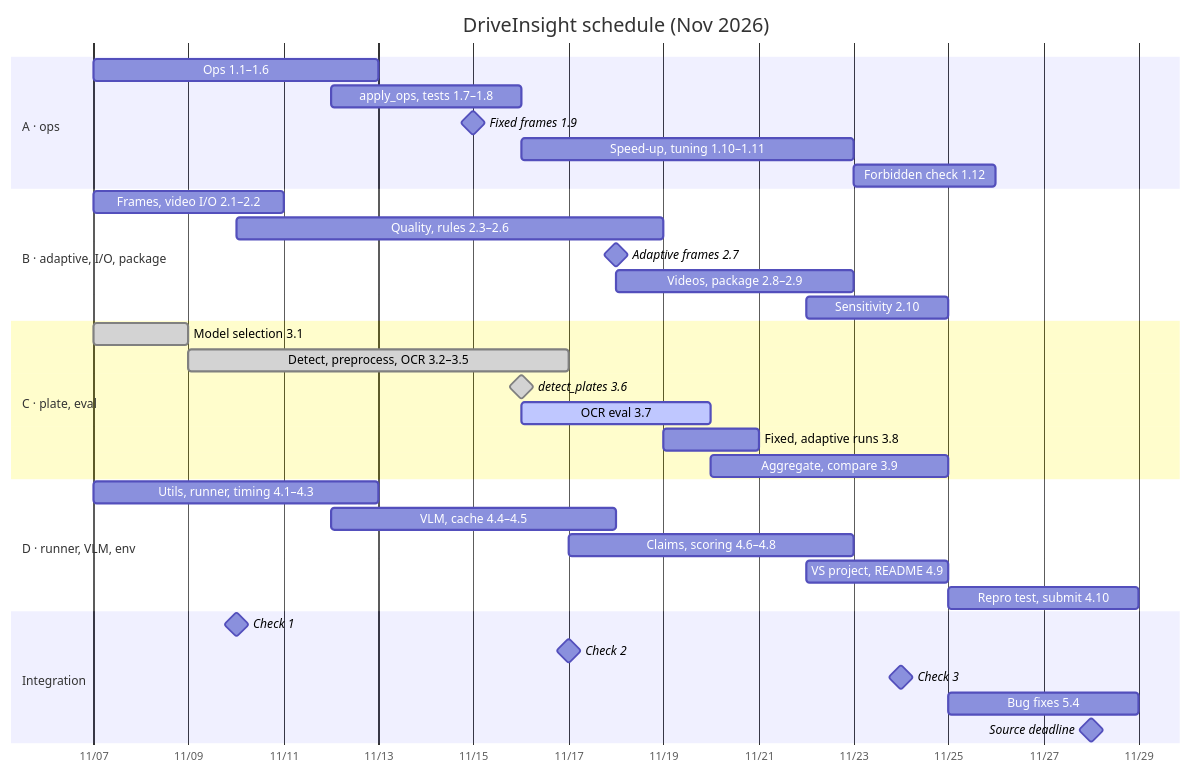
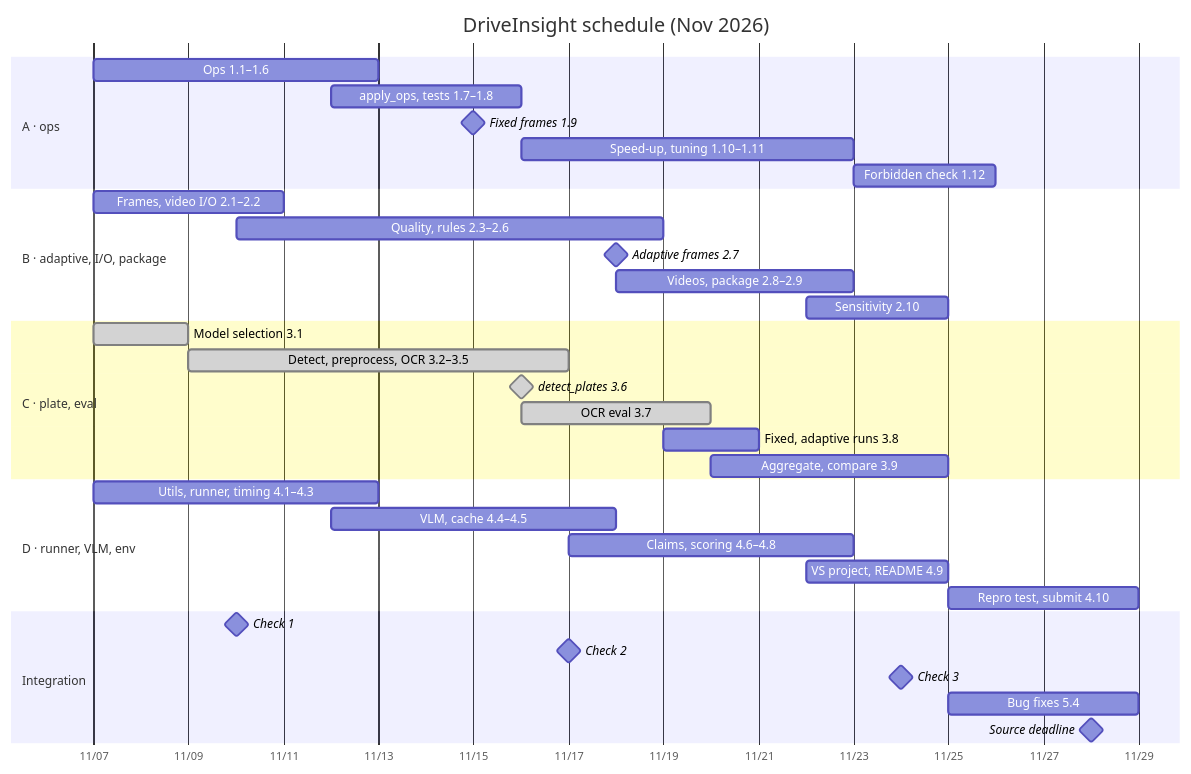
Before and after one commit to ImageProcessing-DriveInsight/drive_insight: the diagram in docs/plan/team_plan.md, drawn with Mermaid. The commit also changed other lines of this file and 7 other files, not shown here.

Commit message:
[docs] Link Korean notes and mark OCR eval merged

````diff
--- a/docs/plan/team_plan.md
+++ b/docs/plan/team_plan.md
@@ -177,37 +177,37 @@
 ```mermaid
 gantt
     title DriveInsight schedule (Nov 2026)
     dateFormat YYYY-MM-DD
     axisFormat %m/%d
     section A · ops
     Ops 1.1–1.6                    :a1, 2026-11-07, 2026-11-13
     apply_ops, tests 1.7–1.8       :a2, 2026-11-12, 2026-11-16
     Fixed frames 1.9               :milestone, a3, 2026-11-15, 0d
     Speed-up, tuning 1.10–1.11     :a4, 2026-11-16, 2026-11-23
     Forbidden check 1.12           :a5, 2026-11-23, 2026-11-26
     section B · adaptive, I/O, package
     Frames, video I/O 2.1–2.2      :b1, 2026-11-07, 2026-11-11
     Quality, rules 2.3–2.6         :b2, 2026-11-10, 2026-11-19
     Adaptive frames 2.7            :milestone, b3, 2026-11-18, 0d
     Videos, package 2.8–2.9        :b4, 2026-11-18, 2026-11-23
     Sensitivity 2.10               :b5, 2026-11-22, 2026-11-25
     section C · plate, eval
     Model selection 3.1            :done, c1, 2026-11-07, 2026-11-09
     Detect, preprocess, OCR 3.2–3.5 :done, c2, 2026-11-09, 2026-11-17
     detect_plates 3.6              :milestone, done, c3, 2026-11-16, 0d
-    OCR eval 3.7                   :active, c4, 2026-11-16, 2026-11-20
+    OCR eval 3.7                   :done, c4, 2026-11-16, 2026-11-20
     Fixed, adaptive runs 3.8       :c5, 2026-11-19, 2026-11-21
     Aggregate, compare 3.9         :c6, 2026-11-20, 2026-11-25
     section D · runner, VLM, env
     Utils, runner, timing 4.1–4.3  :d1, 2026-11-07, 2026-11-13
     VLM, cache 4.4–4.5             :d2, 2026-11-12, 2026-11-18
     Claims, scoring 4.6–4.8        :d3, 2026-11-17, 2026-11-23
     VS project, README 4.9         :d4, 2026-11-22, 2026-11-25
     Repro test, submit 4.10        :d5, 2026-11-25, 2026-11-29
     section Integration
     Check 1                        :milestone, i1, 2026-11-10, 0d
     Check 2                        :milestone, i2, 2026-11-17, 0d
     Check 3                        :milestone, i3, 2026-11-24, 0d
     Bug fixes 5.4                  :i4, 2026-11-25, 2026-11-29
     Source deadline                :milestone, i5, 2026-11-28, 0d
 ```
````
